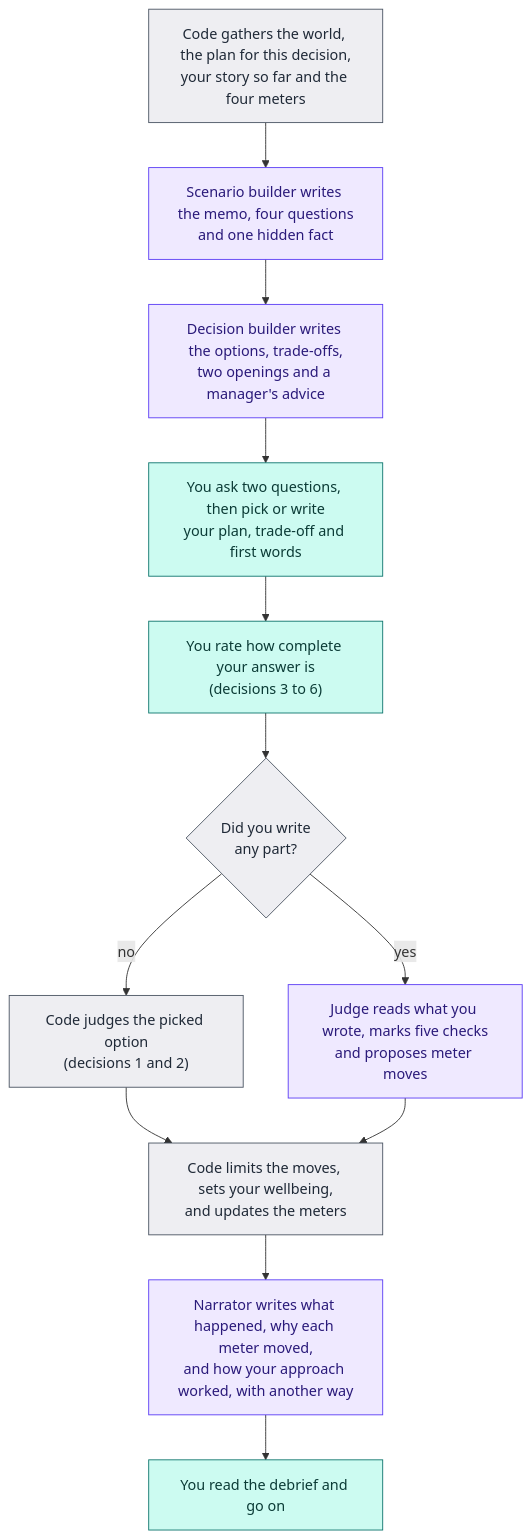
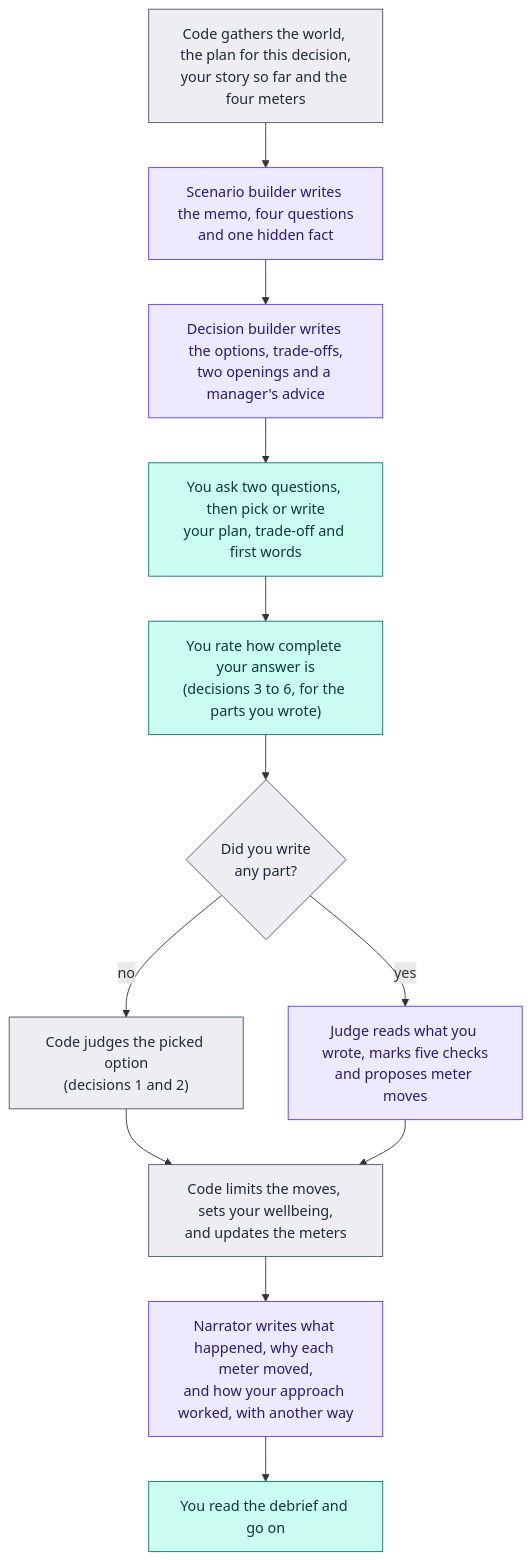
Before and after one commit to gtran16/LDAI-leadership-game-prototype: the first of 2 diagrams in docs/system-diagrams.md, drawn with Mermaid. The commit also changed other lines of this file and 6 other files, not shown here.

````diff
--- a/docs/system-diagrams.md
+++ b/docs/system-diagrams.md
@@ -7,23 +7,23 @@
 ```mermaid
 flowchart TD
   classDef you fill:#CCFBF1,stroke:#0F766E,color:#0B3B36
   classDef ai fill:#EFE9FF,stroke:#5B3DF5,color:#2A1A7A
   classDef code fill:#EEEEF2,stroke:#4B5563,color:#1F2937
 
   A["Code gathers the world, the plan for this decision,<br/>your story so far and the four meters"]:::code
   B["Scenario builder writes the memo, four questions<br/>and one hidden fact"]:::ai
   C["Decision builder writes the options, trade-offs,<br/>two openings and a manager's advice"]:::ai
   D["You ask two questions, then pick or write<br/>your plan, trade-off and first words"]:::you
-  E["You rate how complete your answer is<br/>(decisions 3 to 6)"]:::you
+  E["You rate how complete your answer is<br/>(decisions 3 to 6, for the parts you wrote)"]:::you
   F{"Did you write<br/>any part?"}:::code
   G["Code judges the picked option<br/>(decisions 1 and 2)"]:::code
   H["Judge reads what you wrote, marks five checks<br/>and proposes meter moves"]:::ai
   I["Code limits the moves, sets your wellbeing,<br/>and updates the meters"]:::code
   J["Narrator writes what happened, why each meter moved,<br/>and how your approach worked, with another way"]:::ai
   K["You read the debrief and go on"]:::you
 
   A --> B --> C --> D --> E --> F
   F -- no --> G --> I
   F -- yes --> H --> I
   I --> J --> K
 ```
````
